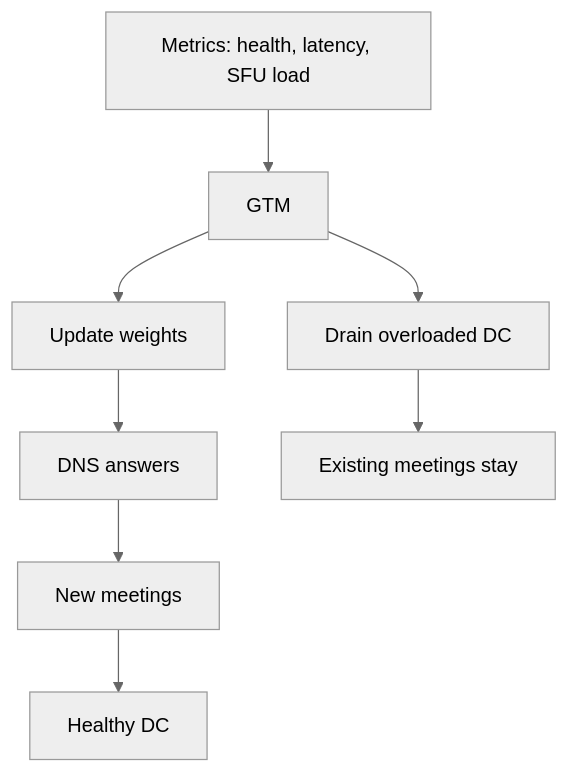
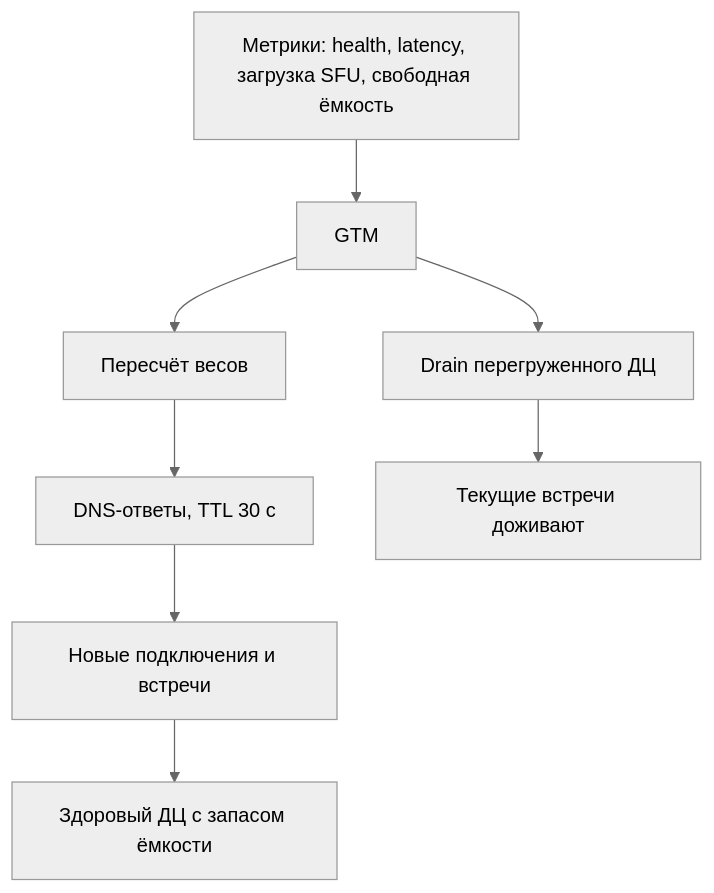
One commit to Danykrane/system_design changed the sixth of 11 diagrams in README.md. Above: the diagram before and after it, drawn with Mermaid (neutral theme). The commit also changed other lines of this file and 5 other files, not shown here.

````diff
--- a/README.md
+++ b/README.md
@@ -395,10 +570,10 @@
 ```mermaid
 flowchart TD
-    M["Metrics: health, latency, SFU load"] --> GTM["GTM"]
-    GTM --> W["Update weights"]
-    W --> DNS["DNS answers"]
-    DNS --> NEW["New meetings"]
-    NEW --> DC["Healthy DC"]
-    GTM --> DRAIN["Drain overloaded DC"]
-    DRAIN --> OLD["Existing meetings stay"]
+    M["Метрики: health, latency, загрузка SFU, свободная ёмкость"] --> GTM["GTM"]
+    GTM --> W["Пересчёт весов"]
+    W --> DNS["DNS-ответы, TTL 30 с"]
+    DNS --> NEW["Новые подключения и встречи"]
+    NEW --> DC["Здоровый ДЦ с запасом ёмкости"]
+    GTM --> DRAIN["Drain перегруженного ДЦ"]
+    DRAIN --> OLD["Текущие встречи доживают"]
 ```
````
